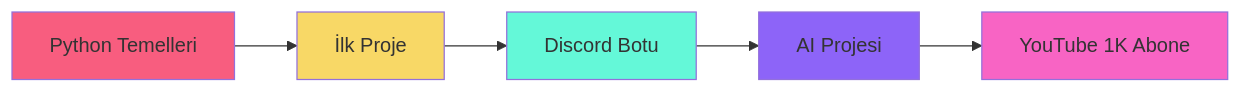
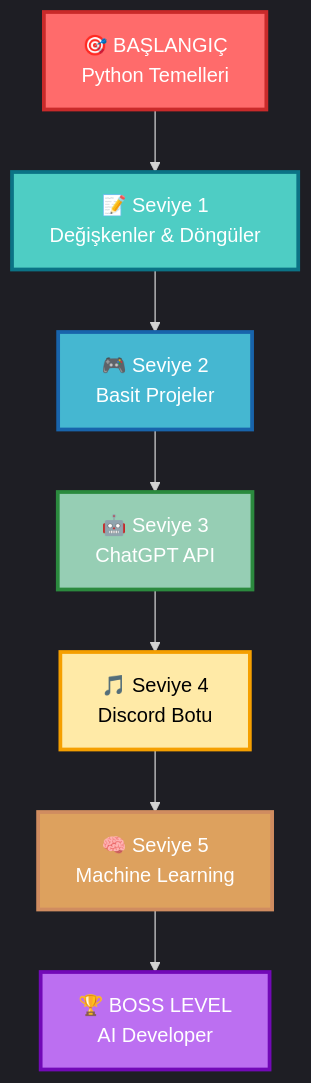
Before and after one commit to Lukosadev1/Lukosadev1: the diagram in README.md, drawn with Mermaid. The commit also changed other lines of this file, not shown here.

````diff
--- a/README.md
+++ b/README.md
@@ -105,13 +114,18 @@
 ```mermaid
-graph LR
-    A[Python Temelleri] --> B[İlk Proje]
-    B --> C[Discord Botu]
-    C --> D[AI Projesi]
-    D --> E[YouTube 1K Abone]
+%%{init: {'theme':'dark'}}%%
+graph TB
+    A[🎯 BAŞLANGIÇ<br/>Python Temelleri] --> B[📝 Seviye 1<br/>Değişkenler & Döngüler]
+    B --> C[🎮 Seviye 2<br/>Basit Projeler]
+    C --> D[🤖 Seviye 3<br/>ChatGPT API]
+    D --> E[🎵 Seviye 4<br/>Discord Botu]
+    E --> F[🧠 Seviye 5<br/>Machine Learning]
+    F --> G[🏆 BOSS LEVEL<br/>AI Developer]
     
-    style A fill:#F85D7F
-    style B fill:#F8D866
-    style C fill:#64F8D8
-    style D fill:#8D64F8
-    style E fill:#F864C4
+    style A fill:#FF6B6B,stroke:#C92A2A,stroke-width:3px,color:#fff
+    style B fill:#4ECDC4,stroke:#0B7285,stroke-width:3px,color:#fff
+    style C fill:#45B7D1,stroke:#1864AB,stroke-width:3px,color:#fff
+    style D fill:#96CEB4,stroke:#2B8A3E,stroke-width:3px,color:#fff
+    style E fill:#FFEAA7,stroke:#F59F00,stroke-width:3px,color:#000
+    style F fill:#DDA15E,stroke:#D08C60,stroke-width:3px,color:#fff
+    style G fill:#BC6FF1,stroke:#7209B7,stroke-width:3px,color:#fff
 ```
````
